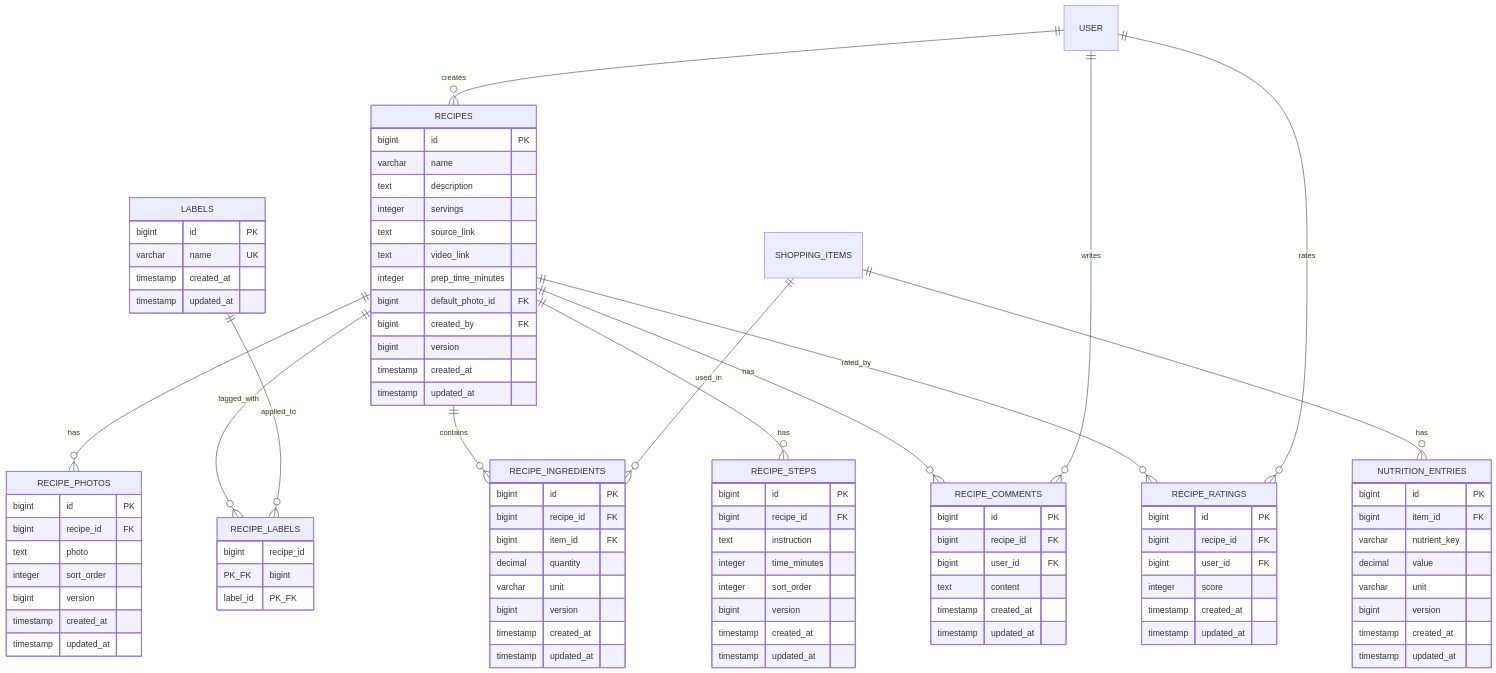
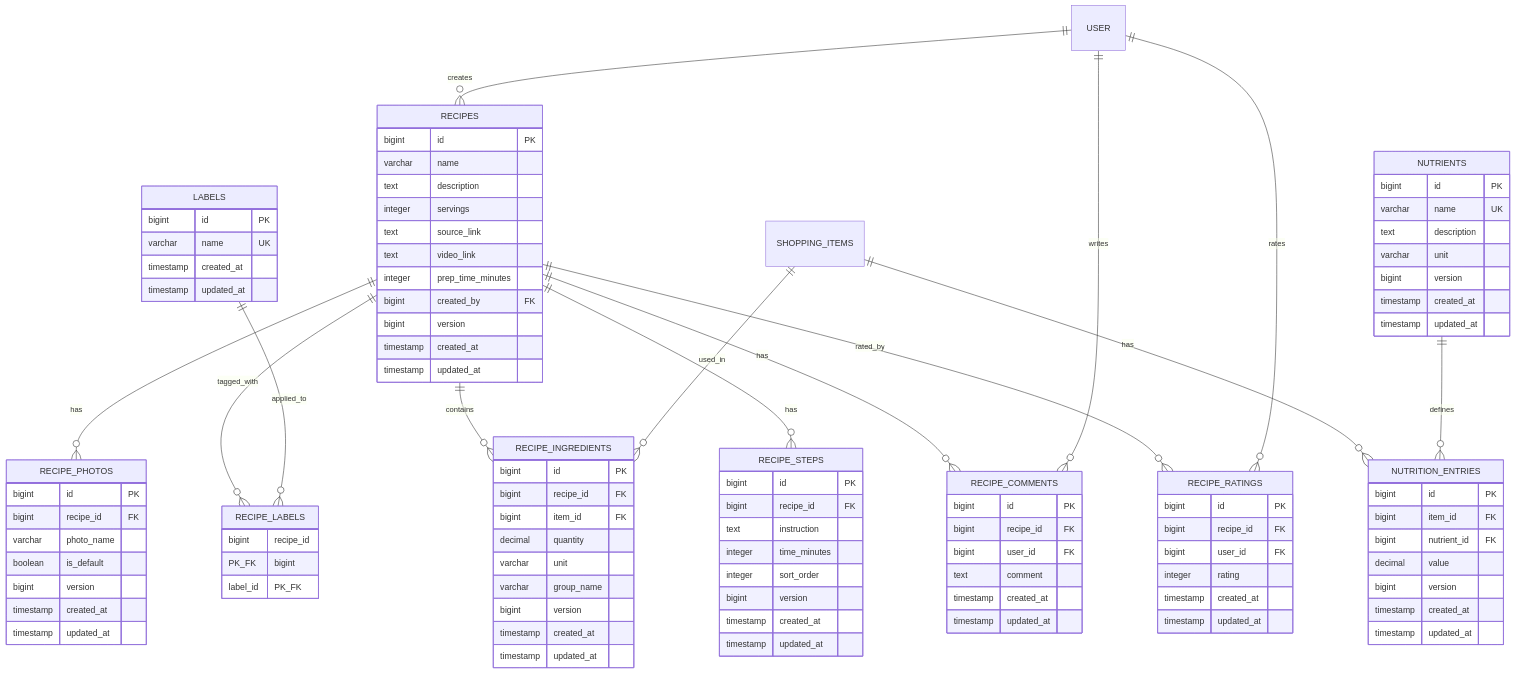
The fourth of 6 diagrams in docs/specification/design/database/schema.md (jlmonteiro/home-application), drawn with Mermaid before and after one commit. The commit also changed other lines of this file and 16 other files, not shown here.

```diff
--- a/docs/specification/design/database/schema.md
+++ b/docs/specification/design/database/schema.md
@@ -337,6 +342,7 @@
     RECIPES ||--o{ RECIPE_RATINGS : "rated_by"
     SHOPPING_ITEMS ||--o{ RECIPE_INGREDIENTS : "used_in"
     SHOPPING_ITEMS ||--o{ NUTRITION_ENTRIES : "has"
+    NUTRIENTS ||--o{ NUTRITION_ENTRIES : "defines"
     USER ||--o{ RECIPES : "creates"
     USER ||--o{ RECIPE_COMMENTS : "writes"
     USER ||--o{ RECIPE_RATINGS : "rates"
@@ -349,7 +355,6 @@
         text source_link
         text video_link
         integer prep_time_minutes
-        bigint default_photo_id FK
         bigint created_by FK
         bigint version
         timestamp created_at
@@ -359,8 +364,8 @@
     RECIPE_PHOTOS {
         bigint id PK
         bigint recipe_id FK
-        text photo
-        integer sort_order
+        varchar photo_name
+        boolean is_default
         bigint version
         timestamp created_at
         timestamp updated_at
@@ -378,12 +383,23 @@
         bigint label_id PK_FK
     }
 
+    NUTRIENTS {
+        bigint id PK
+        varchar name UK
+        text description
+        varchar unit
+        bigint version
+        timestamp created_at
+        timestamp updated_at
+    }
+
     RECIPE_INGREDIENTS {
         bigint id PK
         bigint recipe_id FK
         bigint item_id FK
         decimal quantity
         varchar unit
+        varchar group_name
         bigint version
         timestamp created_at
         timestamp updated_at
@@ -404,7 +420,7 @@
         bigint id PK
         bigint recipe_id FK
         bigint user_id FK
-        text content
+        text comment
         timestamp created_at
         timestamp updated_at
     }
@@ -413,7 +429,7 @@
         bigint id PK
         bigint recipe_id FK
         bigint user_id FK
-        integer score
+        integer rating
         timestamp created_at
         timestamp updated_at
     }
@@ -421,9 +437,8 @@
     NUTRITION_ENTRIES {
         bigint id PK
         bigint item_id FK
-        varchar nutrient_key
+        bigint nutrient_id FK
         decimal value
-        varchar unit
         bigint version
         timestamp created_at
         timestamp updated_at
```
